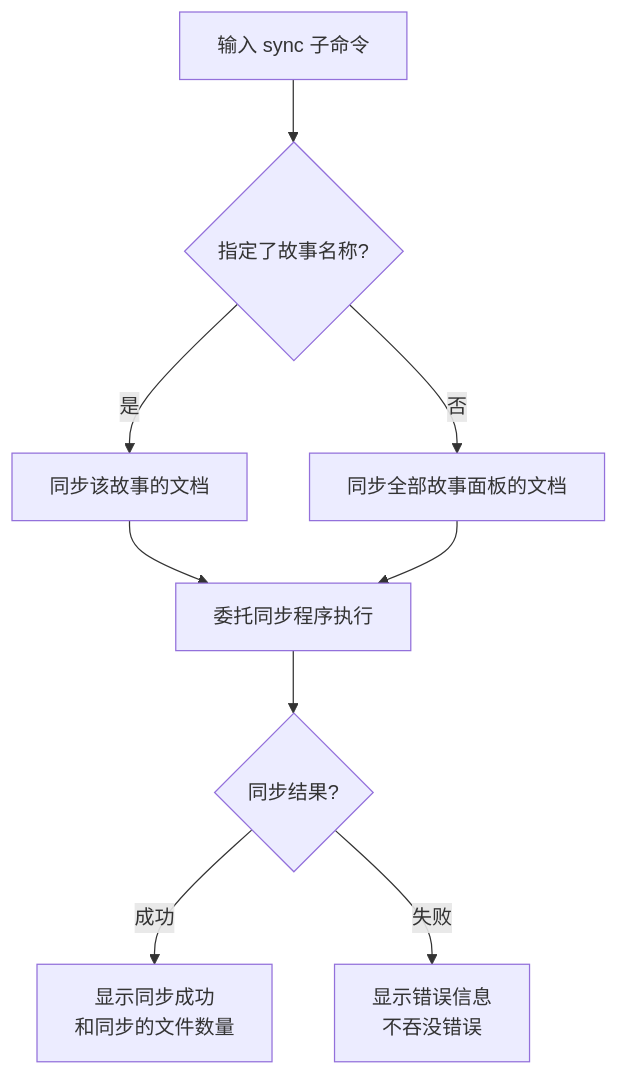
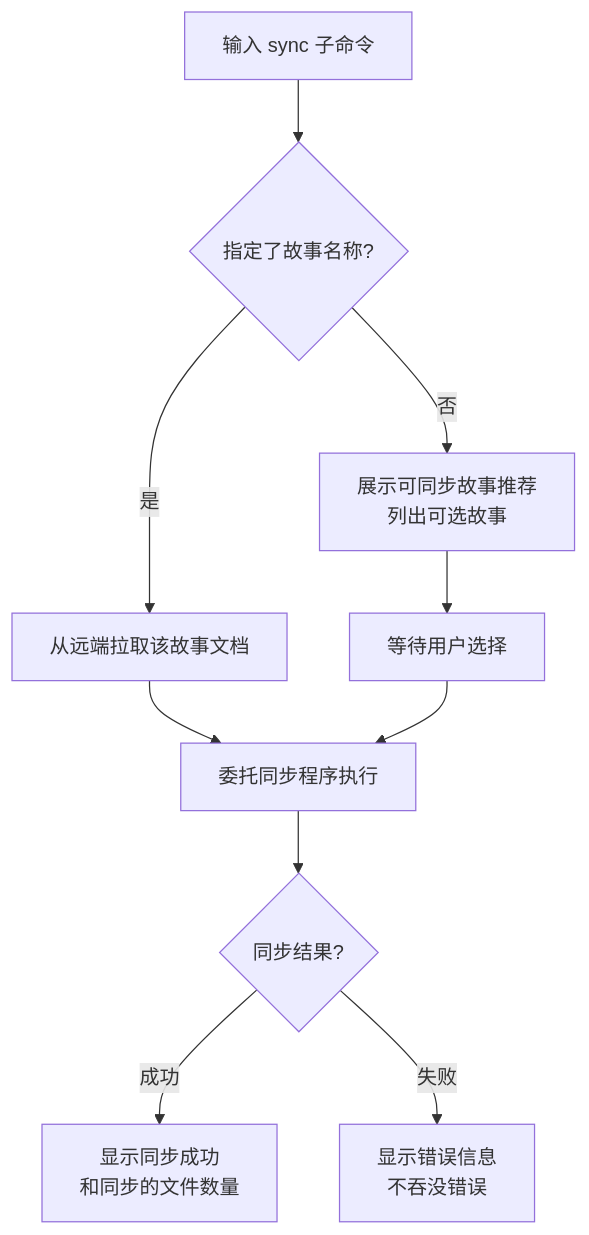
Before and after one commit to effiy/YrY: the eighth of 10 diagrams in docs/故事任务面板/rui-story/02-用户使用场景.md, drawn with Mermaid. The commit also changed other lines of this file and 6 other files, not shown here.

````diff
--- a/docs/故事任务面板/rui-story/02-用户使用场景.md
+++ b/docs/故事任务面板/rui-story/02-用户使用场景.md
@@ -230,11 +241,12 @@
 ```mermaid
 flowchart TD
     START["输入 sync 子命令"] --> Q{"指定了故事名称?"}
-    Q -->|"是"| ONE["同步该故事的文档"]
-    Q -->|"否"| ALL["同步全部故事面板的文档"]
+    Q -->|"是"| ONE["从远端拉取该故事文档"]
+    Q -->|"否"| LIST["展示可同步故事推荐<br/>列出可选故事"]
     ONE --> DELEGATE["委托同步程序执行"]
-    ALL --> DELEGATE
+    LIST --> WAIT["等待用户选择"]
+    WAIT --> DELEGATE
     DELEGATE --> RESULT{"同步结果?"}
     RESULT -->|"成功"| DONE["显示同步成功<br/>和同步的文件数量"]
     RESULT -->|"失败"| ERR["显示错误信息<br/>不吞没错误"]
 ```
````
